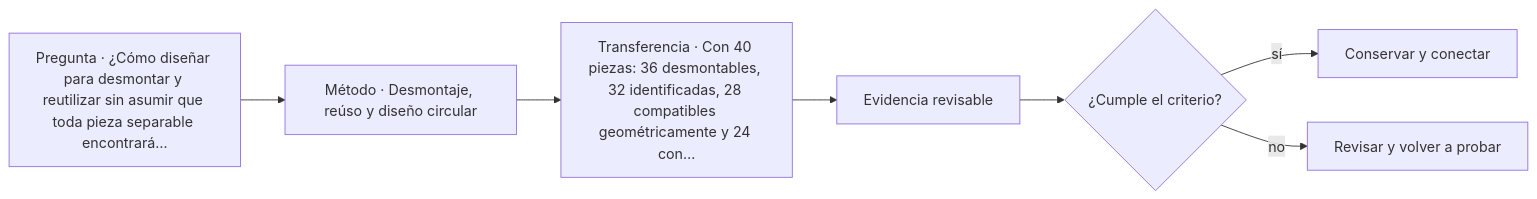
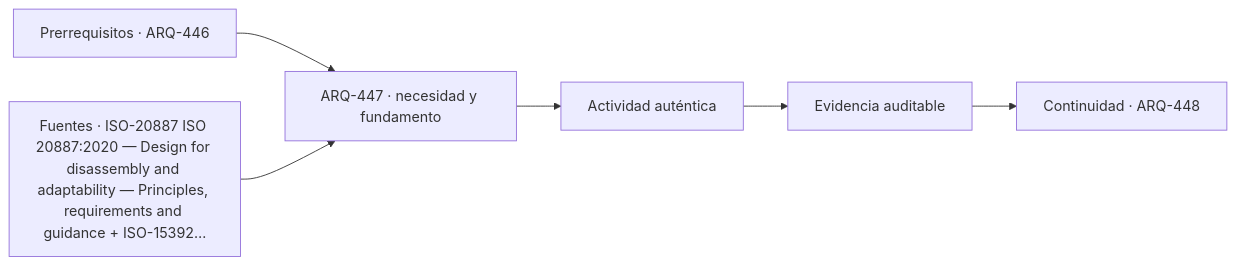
One commit to vladimiracunadev-create/architecture-built-environment-learning-program changed the diagram in classes/parte-45/ARQ-447.md. Above: the diagram before and after it, drawn with Mermaid. The commit also changed other lines of this file and 761 other files, not shown here.

````diff
--- a/classes/parte-45/ARQ-447.md
+++ b/classes/parte-45/ARQ-447.md
@@ -75,9 +87,8 @@
 ```mermaid
 flowchart LR
-    Q["Pregunta · ¿Cómo diseñar para desmontar y reutilizar sin asumir que toda pieza separable encontrará…"] --> M["Método · Desmontaje, reúso y diseño circular"]
-    M --> P["Transferencia · Con 40 piezas: 36 desmontables, 32 identificadas, 28 compatibles geométricamente y 24 con…"]
-    P --> E["Evidencia revisable"]
-    E --> C{"¿Cumple el criterio?"}
-    C -->|sí| T["Conservar y conectar"]
-    C -->|no| R["Revisar y volver a probar"]
+    A["Prerrequisitos · ARQ-446"] --> B["ARQ-447 · necesidad y fundamento"]
+    S["Fuentes · ISO-20887 ISO 20887:2020 — Design for disassembly and adaptability — Principles, requirements and guidance + ISO-15392…"] --> B
+    B --> C["Actividad auténtica"]
+    C --> D["Evidencia auditable"]
+    D --> E["Continuidad · ARQ-448"]
 ```
````
